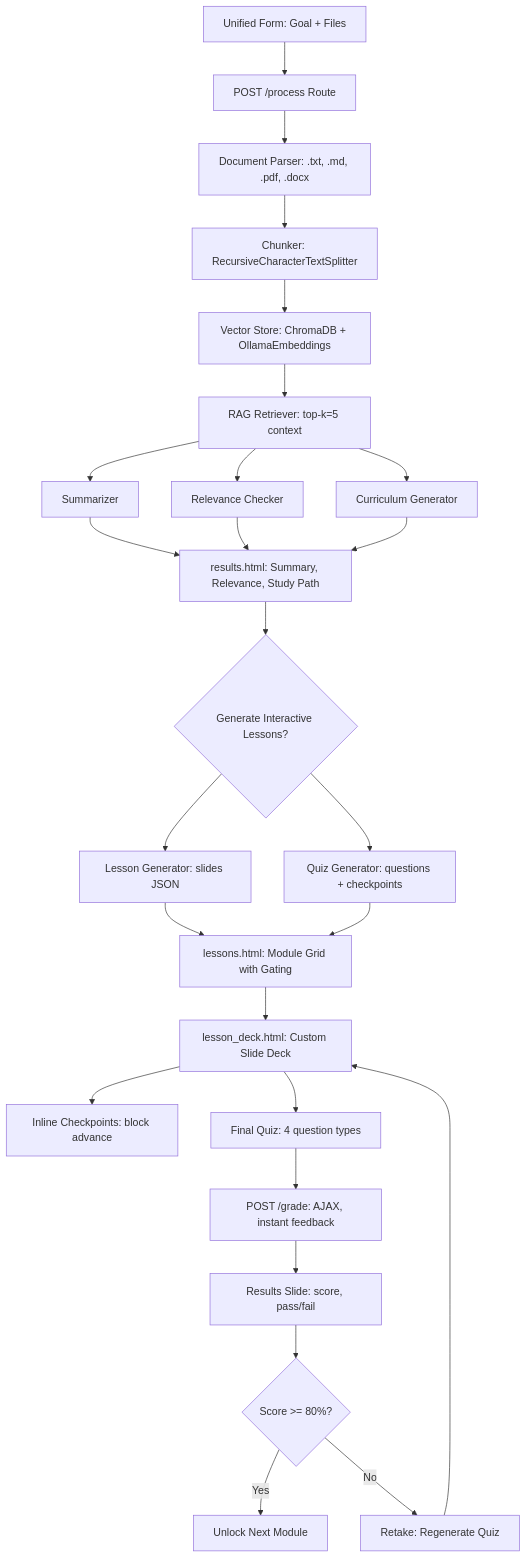
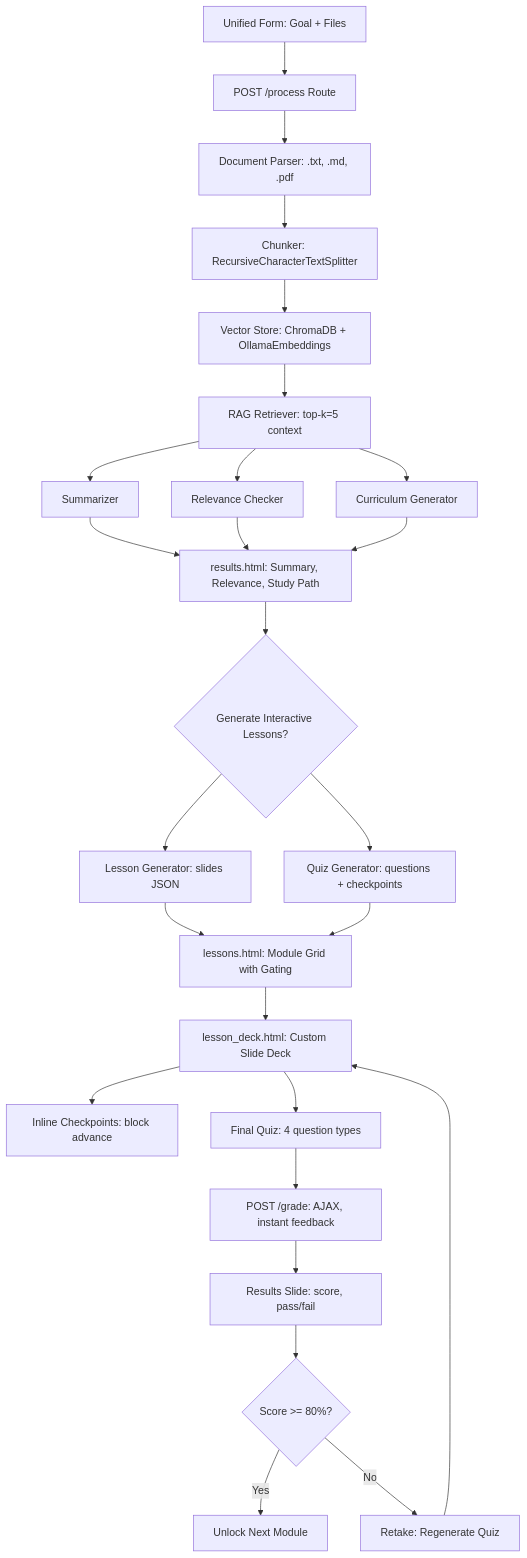
Before and after one commit to stephen-cpe/study-and-learn: the diagram in docs/DESIGN_AND_TESTING.md, drawn with Mermaid. The commit also changed other lines of this file and 4 other files, not shown here.

````diff
--- a/docs/DESIGN_AND_TESTING.md
+++ b/docs/DESIGN_AND_TESTING.md
@@ -14,28 +14,28 @@
 ```mermaid
 flowchart TD
     A["Unified Form: Goal + Files"] --> B["POST /process Route"]
-    B --> C["Document Parser: .txt, .md, .pdf, .docx"]
+    B --> C["Document Parser: .txt, .md, .pdf"]
     C --> D["Chunker: RecursiveCharacterTextSplitter"]
     D --> E["Vector Store: ChromaDB + OllamaEmbeddings"]
     E --> F["RAG Retriever: top-k=5 context"]
     F --> G["Summarizer"]
     F --> H["Relevance Checker"]
     F --> I["Curriculum Generator"]
     G --> J["results.html: Summary, Relevance, Study Path"]
     H --> J
     I --> J
     J --> K{"Generate Interactive Lessons?"}
     K --> L["Lesson Generator: slides JSON"]
     K --> M["Quiz Generator: questions + checkpoints"]
     L --> N["lessons.html: Module Grid with Gating"]
     M --> N
     N --> O["lesson_deck.html: Custom Slide Deck"]
     O --> P["Inline Checkpoints: block advance"]
     O --> Q["Final Quiz: 4 question types"]
     Q --> R["POST /grade: AJAX, instant feedback"]
     R --> S["Results Slide: score, pass/fail"]
     S --> T{"Score >= 80%?"}
     T -->|Yes| U["Unlock Next Module"]
     T -->|No| V["Retake: Regenerate Quiz"]
     V --> O
 ```
````
